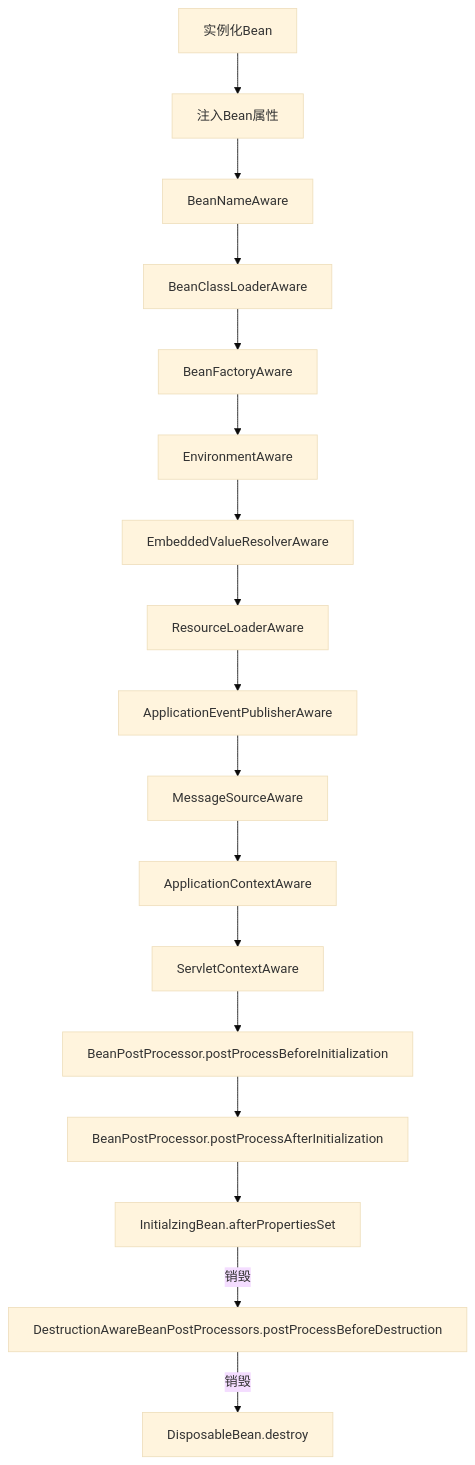
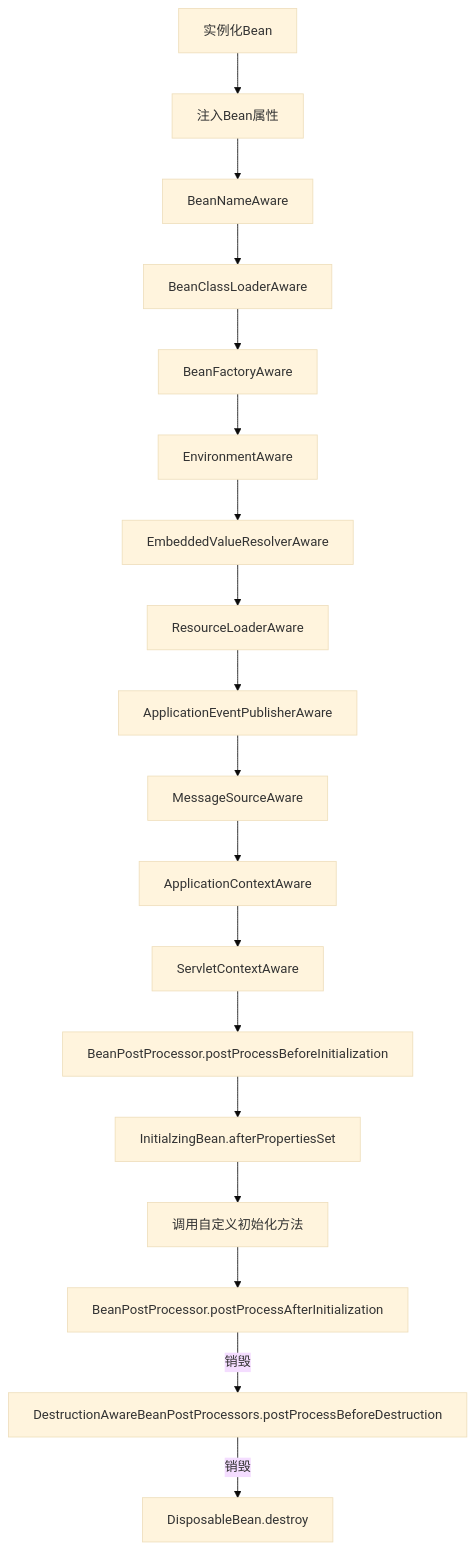
One commit to Houchengisnull/helloWorld changed the diagram in documents/java/Spring/spring.md. Above: the diagram before and after it, drawn with Mermaid (base theme). The commit also changed other lines of this file, not shown here.

````diff
--- a/documents/java/Spring/spring.md
+++ b/documents/java/Spring/spring.md
@@ -99,20 +105,21 @@
 ```mermaid
 graph TD
 	实例化Bean
     --> 注入Bean属性
     --> BeanNameAware
     --> BeanClassLoaderAware
     --> BeanFactoryAware
 	--> EnvironmentAware
 	--> EmbeddedValueResolverAware
 	--> ResourceLoaderAware
 	--> ApplicationEventPublisherAware
 	--> MessageSourceAware
 	--> ApplicationContextAware
 	--> ServletContextAware
 	--> BeanPostProcessor.postProcessBeforeInitialization
+    --> InitialzingBean.afterPropertiesSet
+	--> 调用自定义初始化方法
 	--> BeanPostProcessor.postProcessAfterInitialization
-	--> InitialzingBean.afterPropertiesSet
 	-- 销毁--> DestructionAwareBeanPostProcessors.postProcessBeforeDestruction
 	-- 销毁--> DisposableBean.destroy
 ```
````
